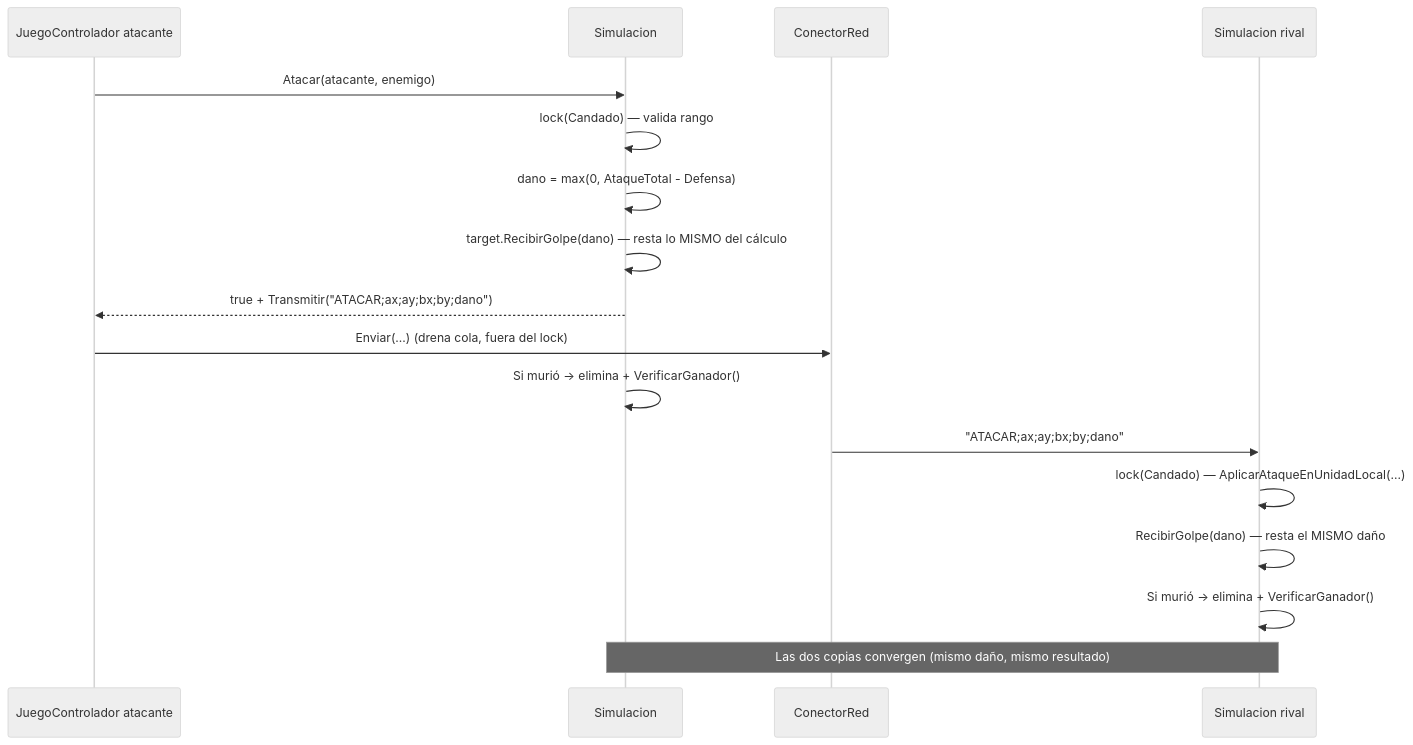
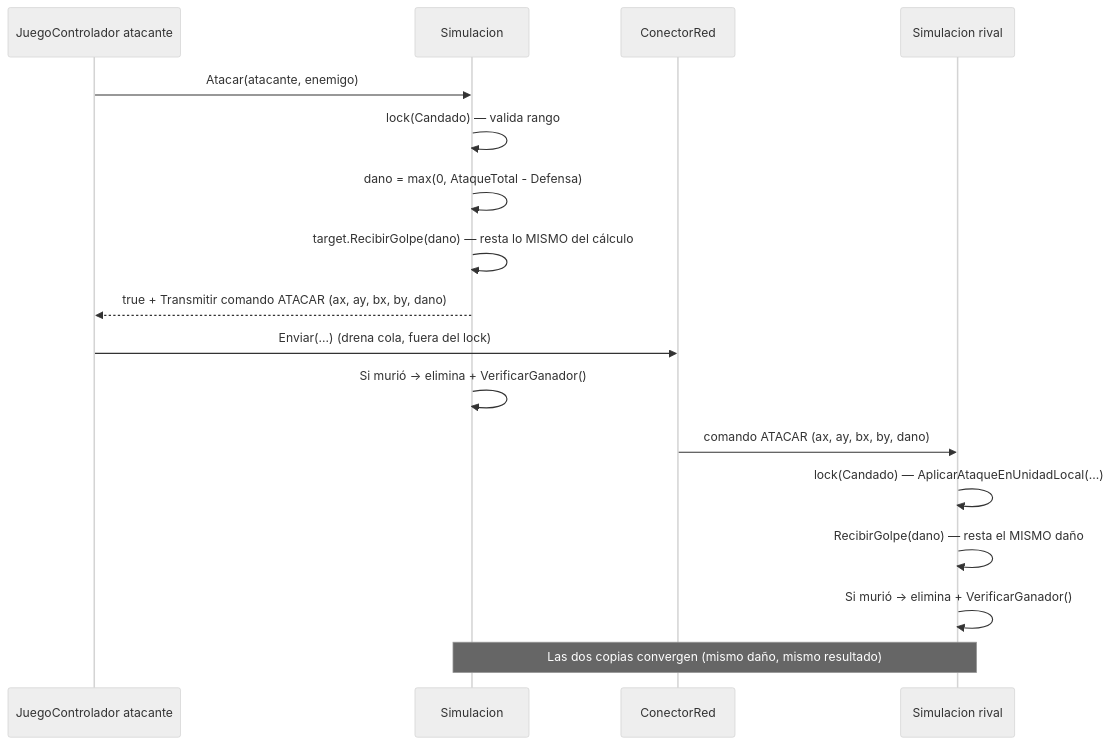
Before and after one commit to bardock7238/RTS-Academico: the fifth of 10 diagrams in DOCUMENTACION.md, drawn with Mermaid (neutral theme). The commit also changed other lines of this file, not shown here.

Commit message:
docs(proyecto): evitar entidades HTML en diagramas de secuencia

````diff
--- a/DOCUMENTACION.md
+++ b/DOCUMENTACION.md
@@ -448,21 +450,21 @@
 ```mermaid
 sequenceDiagram
     participant C as JuegoControlador atacante
     participant S as Simulacion
     participant CR as ConectorRed
     participant S2 as Simulacion rival
 
     C->>S: Atacar(atacante, enemigo)
     S->>S: lock(Candado) — valida rango
     S->>S: dano = max(0, AtaqueTotal - Defensa)
     S->>S: target.RecibirGolpe(dano) — resta lo MISMO del cálculo
-    S-->>C: true + Transmitir("ATACAR#59;ax#59;ay#59;bx#59;by#59;dano")
+    S-->>C: true + Transmitir comando ATACAR (ax, ay, bx, by, dano)
     C->>CR: Enviar(...) (drena cola, fuera del lock)
     S->>S: Si murió → elimina + VerificarGanador()
 
-    CR->>S2: "ATACAR#59;ax#59;ay#59;bx#59;by#59;dano"
+    CR->>S2: comando ATACAR (ax, ay, bx, by, dano)
     S2->>S2: lock(Candado) — AplicarAtaqueEnUnidadLocal(...)
     S2->>S2: RecibirGolpe(dano) — resta el MISMO daño
     S2->>S2: Si murió → elimina + VerificarGanador()
     Note over S,S2: Las dos copias convergen (mismo daño, mismo resultado)
 ```
````
